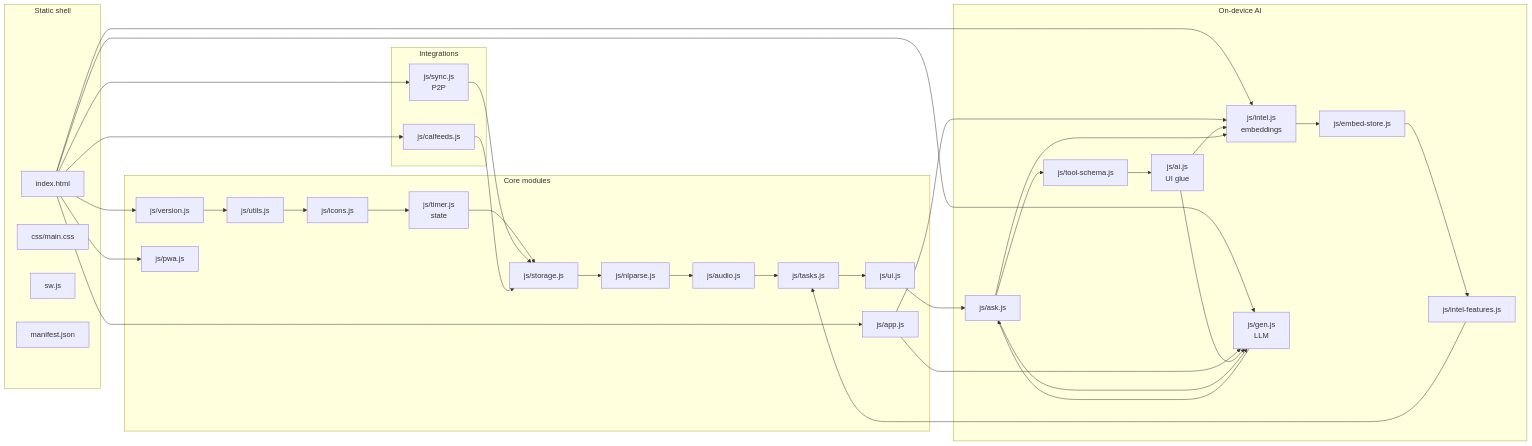
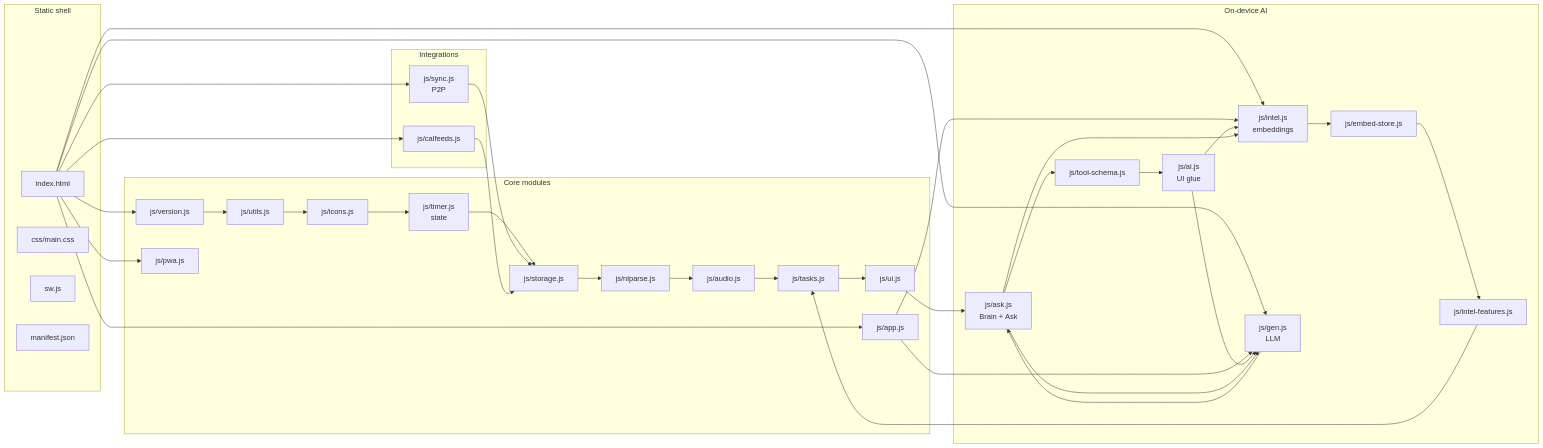
The diagram in ARCHITECTURE.md (iLevyTate/STUPInD), drawn with Mermaid before and after one commit. The commit also changed other lines of this file and 18 other files, not shown here.

````diff
--- a/ARCHITECTURE.md
+++ b/ARCHITECTURE.md
@@ -3,52 +3,52 @@
 ```mermaid
 flowchart LR
   subgraph shell [Static shell]
     index[index.html]
     css[css/main.css]
     sw[sw.js]
     manifest[manifest.json]
   end
   subgraph core [Core modules]
     version[js/version.js]
     utils[js/utils.js]
     icons[js/icons.js]
     timer[js/timer.js<br/>state]
     storage[js/storage.js]
     tasks[js/tasks.js]
     ui[js/ui.js]
     audio[js/audio.js]
     nlparse[js/nlparse.js]
     app[js/app.js]
     pwa[js/pwa.js]
   end
   subgraph intelligence [On-device AI]
     intel[js/intel.js<br/>embeddings]
     embedstore[js/embed-store.js]
     intelFeat[js/intel-features.js]
     gen[js/gen.js<br/>LLM]
-    ask[js/ask.js]
+    ask[js/ask.js<br/>Brain + Ask]
     toolschema[js/tool-schema.js]
     ai[js/ai.js<br/>UI glue]
   end
   subgraph integrations [Integrations]
     sync[js/sync.js<br/>P2P]
     cal[js/calfeeds.js]
   end
   index --> version --> utils --> icons --> timer --> storage --> nlparse --> audio --> tasks --> ui
   index --> intel --> embedstore --> intelFeat
   index --> gen --> ask --> toolschema --> ai
   index --> sync
   index --> cal
   index --> pwa
   index --> app
   app --> intel
   app --> gen
   ai --> gen
   ai --> intel
   ui --> ask
   ask --> intel
   ask --> gen
   intelFeat --> tasks
   sync --> storage
   cal --> storage
 ```
````
